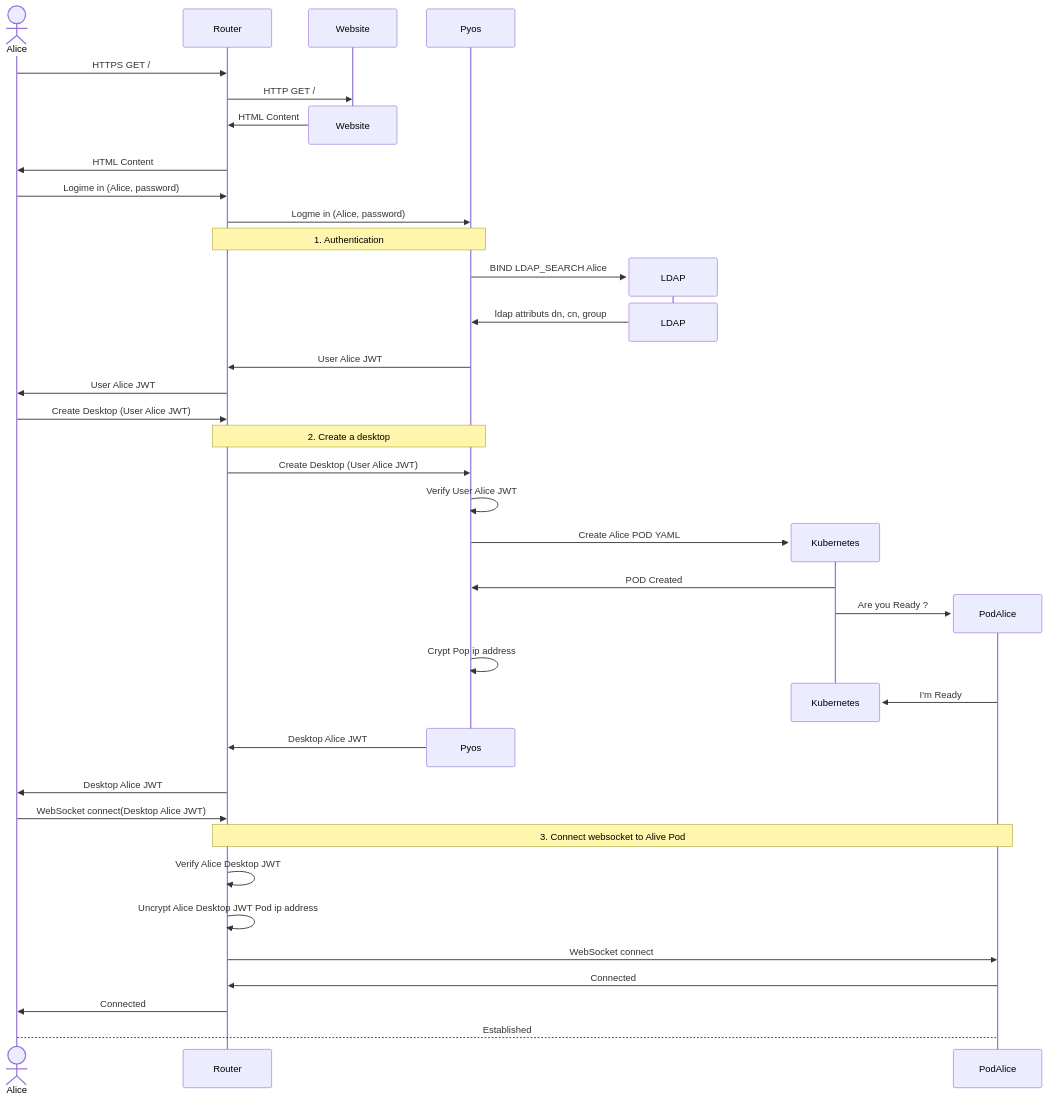
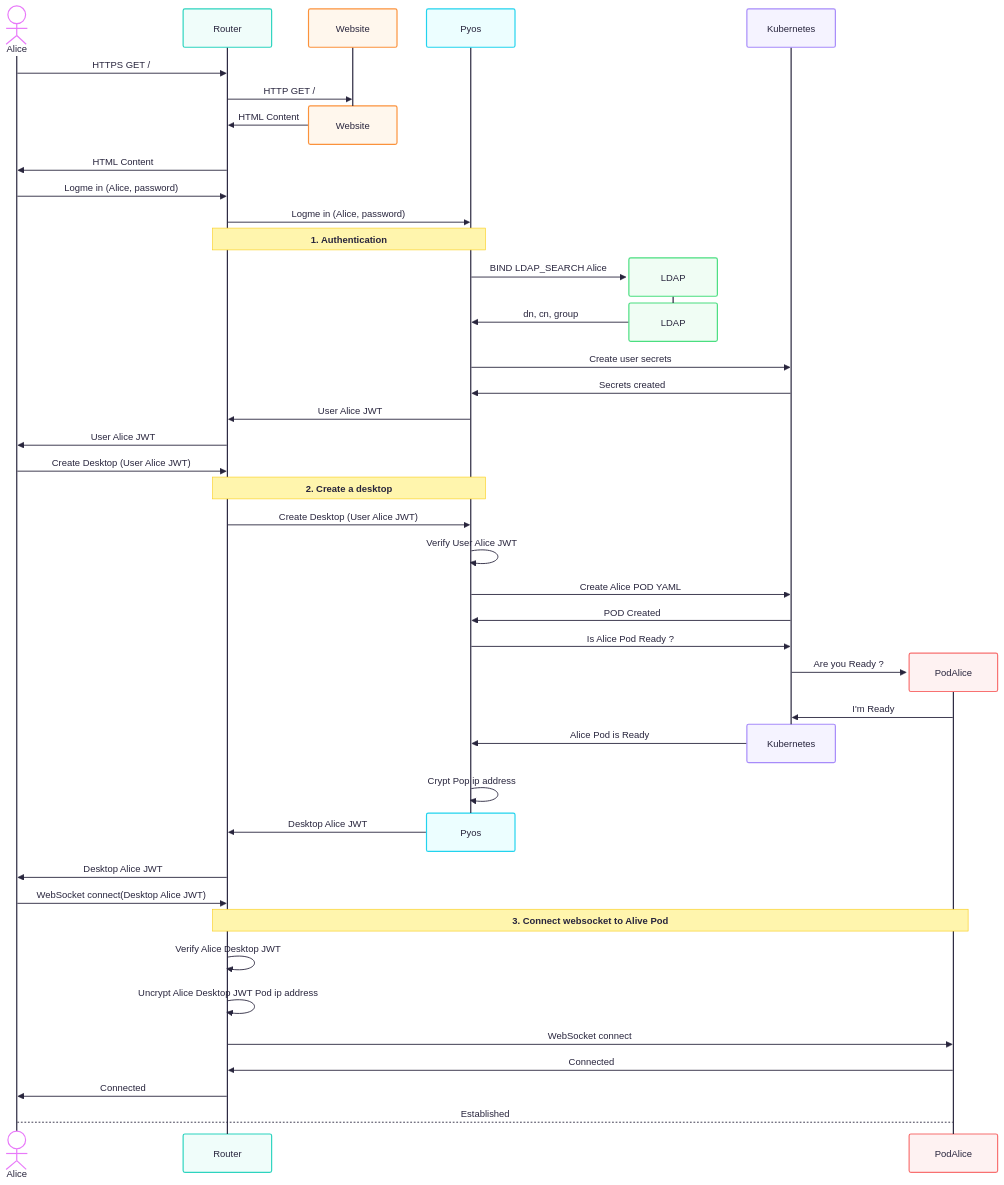
The diagram in opsdocs/docs/architecture.md (abcdesktopio/docs), drawn with Mermaid before and after one commit. The commit also changed other lines of this file, not shown here.

````diff
--- a/opsdocs/docs/architecture.md
+++ b/opsdocs/docs/architecture.md
@@ -6,41 +6,49 @@
 ``` mermaid
+---
+config:
+  theme: redux-color
+---
 sequenceDiagram
     actor Alice
     Alice->>Router: HTTPS GET /
     Router->>Website: HTTP GET /
     destroy Website
     Website->>Router: HTML Content
     Router->>Alice: HTML Content
-    Alice->>Router: Logime in (Alice, password)
+    Alice->>Router: Logme in (Alice, password)
     Router->>Pyos: Logme in (Alice, password)
     Note over Router,Pyos: 1. Authentication
     Create participant LDAP
     Pyos->>LDAP: BIND LDAP_SEARCH Alice
     destroy LDAP
-    LDAP->>Pyos: ldap attributs dn, cn, group
+    LDAP->>Pyos: dn, cn, group
+    Pyos->>Kubernetes: Create user secrets
+    Kubernetes->>Pyos: Secrets created
     Pyos->>Router: User Alice JWT
     Router->>Alice: User Alice JWT
     Alice->>Router: Create Desktop (User Alice JWT)
     Note over Router,Pyos: 2. Create a desktop
     Router->>Pyos: Create Desktop (User Alice JWT)
     Pyos->>Pyos: Verify User Alice JWT
-    Create participant Kubernetes
     Pyos->>Kubernetes: Create Alice POD YAML
     Kubernetes->>Pyos: POD Created
+    Pyos->>Kubernetes: Is Alice Pod Ready ?
     Create participant PodAlice
     Kubernetes->>PodAlice: Are you Ready ?
+    PodAlice->>Kubernetes: I'm Ready
+    destroy Kubernetes
+    Kubernetes->>Pyos: Alice Pod is Ready
     Pyos->>Pyos: Crypt Pop ip address
-    destroy Kubernetes
-    PodAlice->>Kubernetes: I'm Ready
     destroy Pyos
     Pyos->>Router: Desktop Alice JWT
     Router->>Alice: Desktop Alice JWT
     Alice->>Router: WebSocket connect(Desktop Alice JWT)
     Note over Router,PodAlice: 3. Connect websocket to Alive Pod
     Router->>Router: Verify Alice Desktop JWT
     Router->>Router: Uncrypt Alice Desktop JWT Pod ip address
     Router->>PodAlice: WebSocket connect
     PodAlice->>Router: Connected
     Router->>Alice: Connected
     Alice-->PodAlice: Established
+
 ```
````
